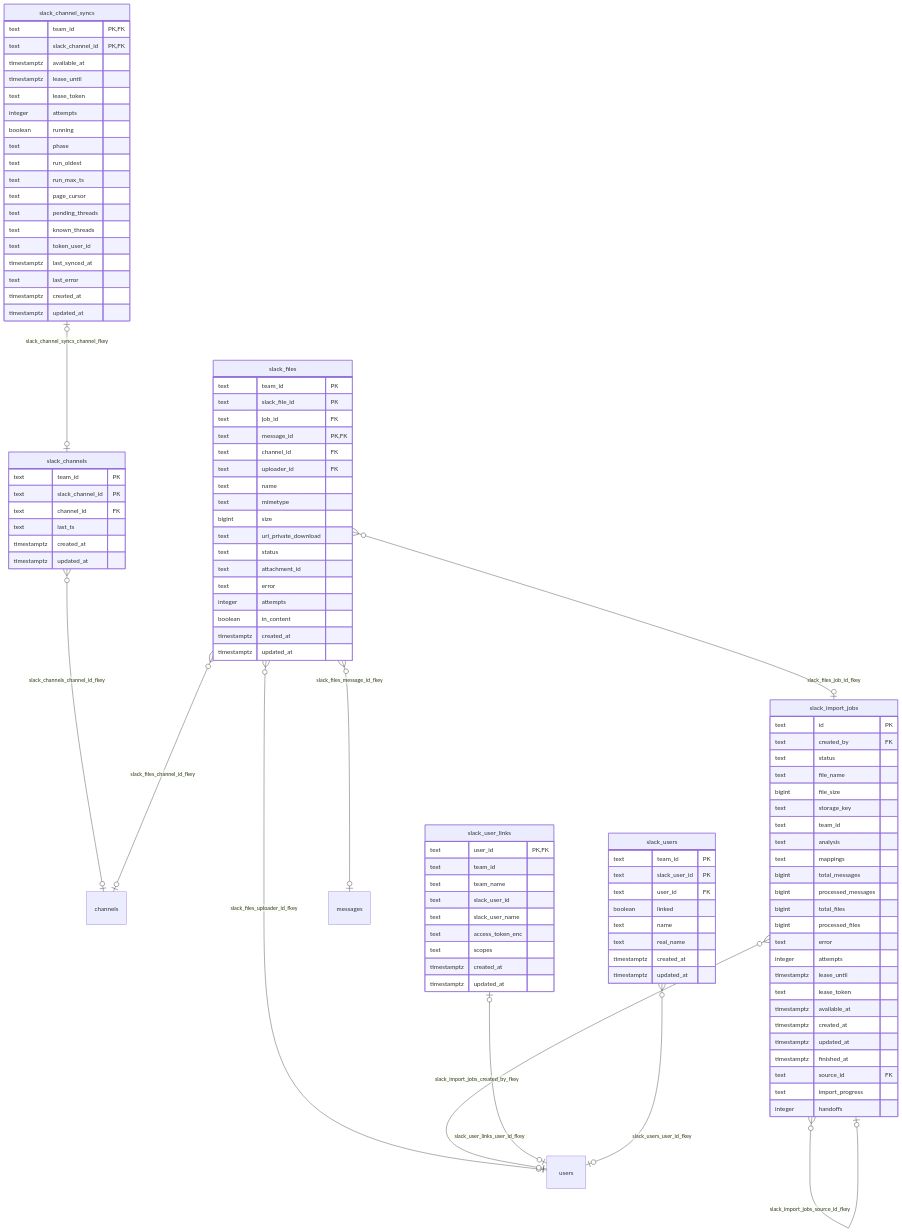
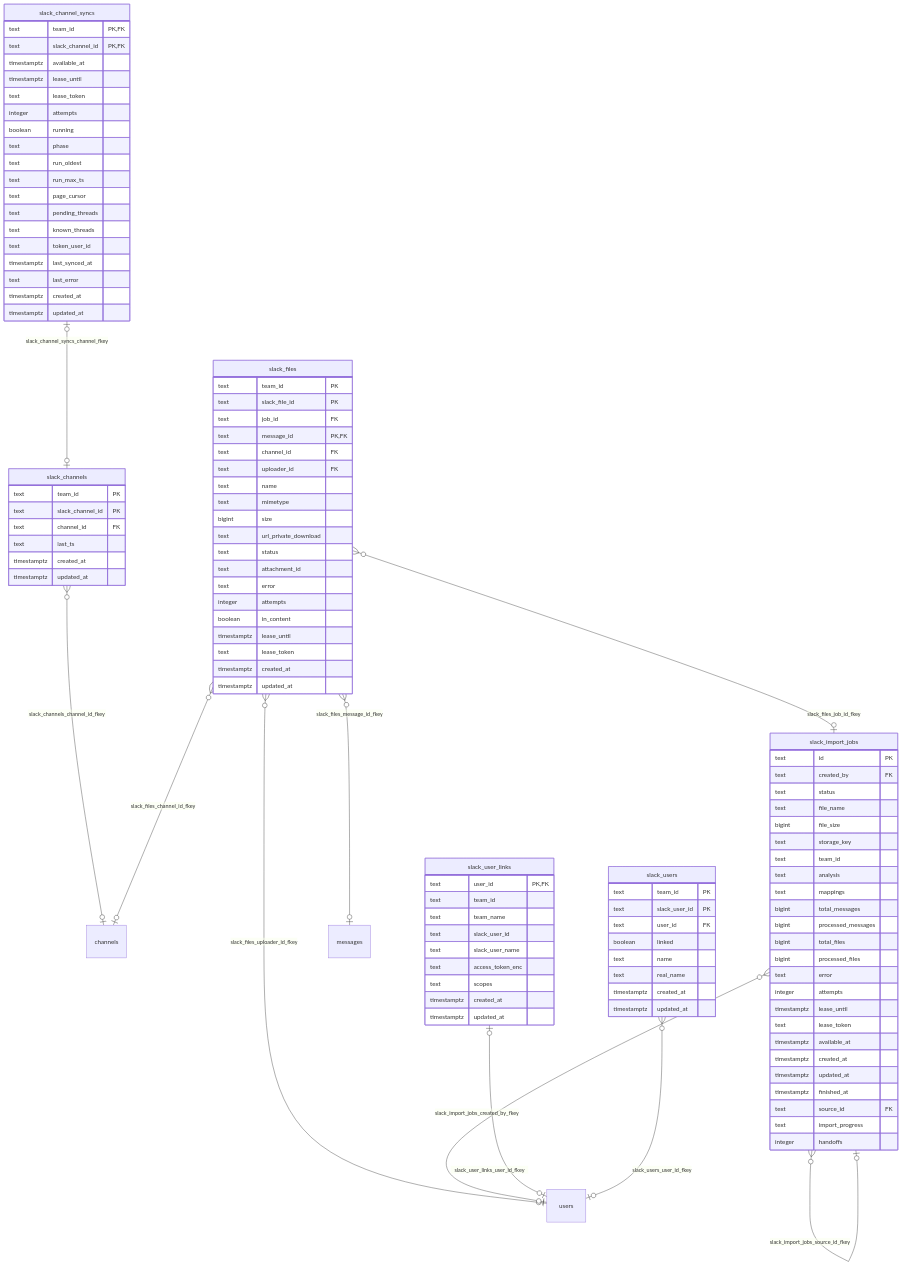
One commit to Zli-UoA/zoo2 changed the diagram in docs/db-erd/slack.md. Above: the diagram before and after it, drawn with Mermaid. The commit also changed 2 other files, not shown here.

Commit message:
feat(slack): 添付の行単位の取得に使うリースの列を slack_files に足す

```diff
--- a/docs/db-erd/slack.md
+++ b/docs/db-erd/slack.md
@@ -52,6 +52,8 @@
       text error
       integer attempts
       boolean in_content
+      timestamptz lease_until
+      text lease_token
       timestamptz created_at
       timestamptz updated_at
     }
```
